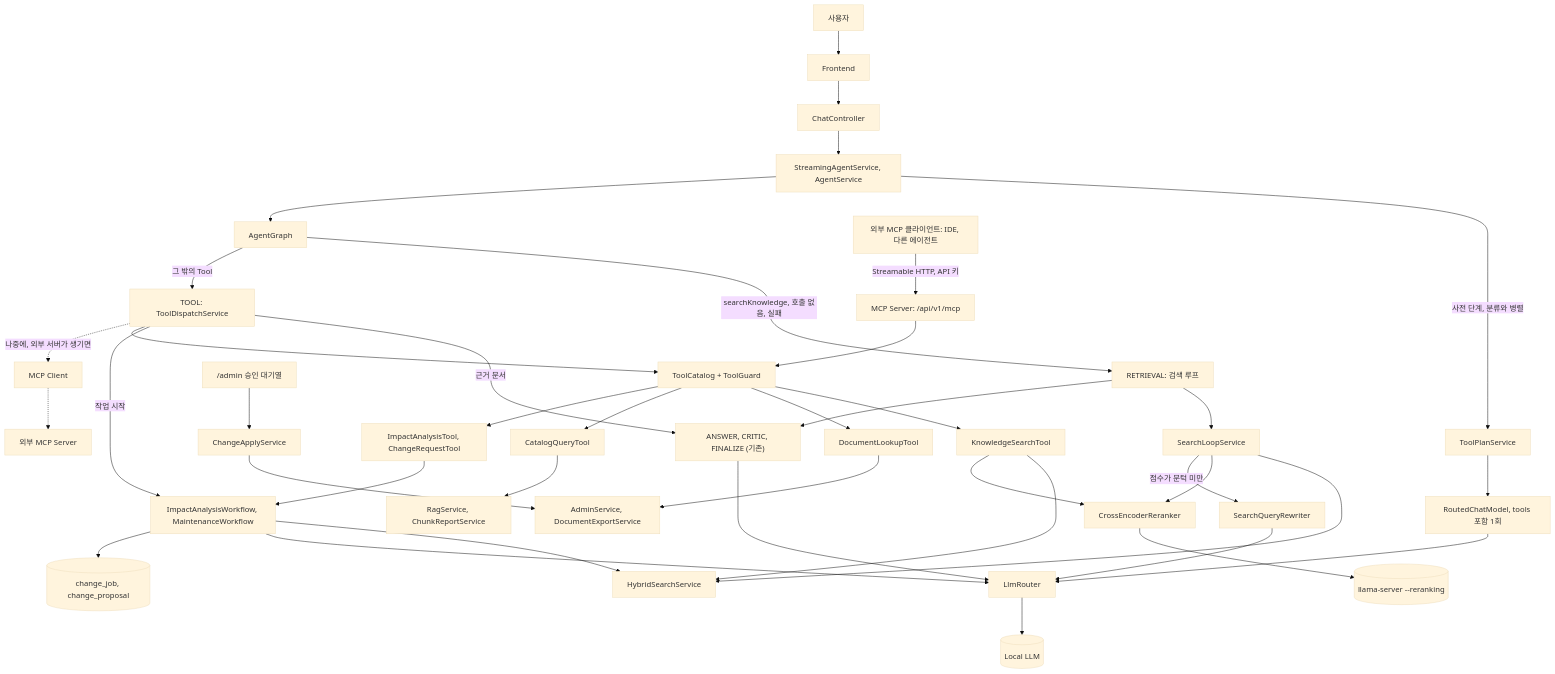
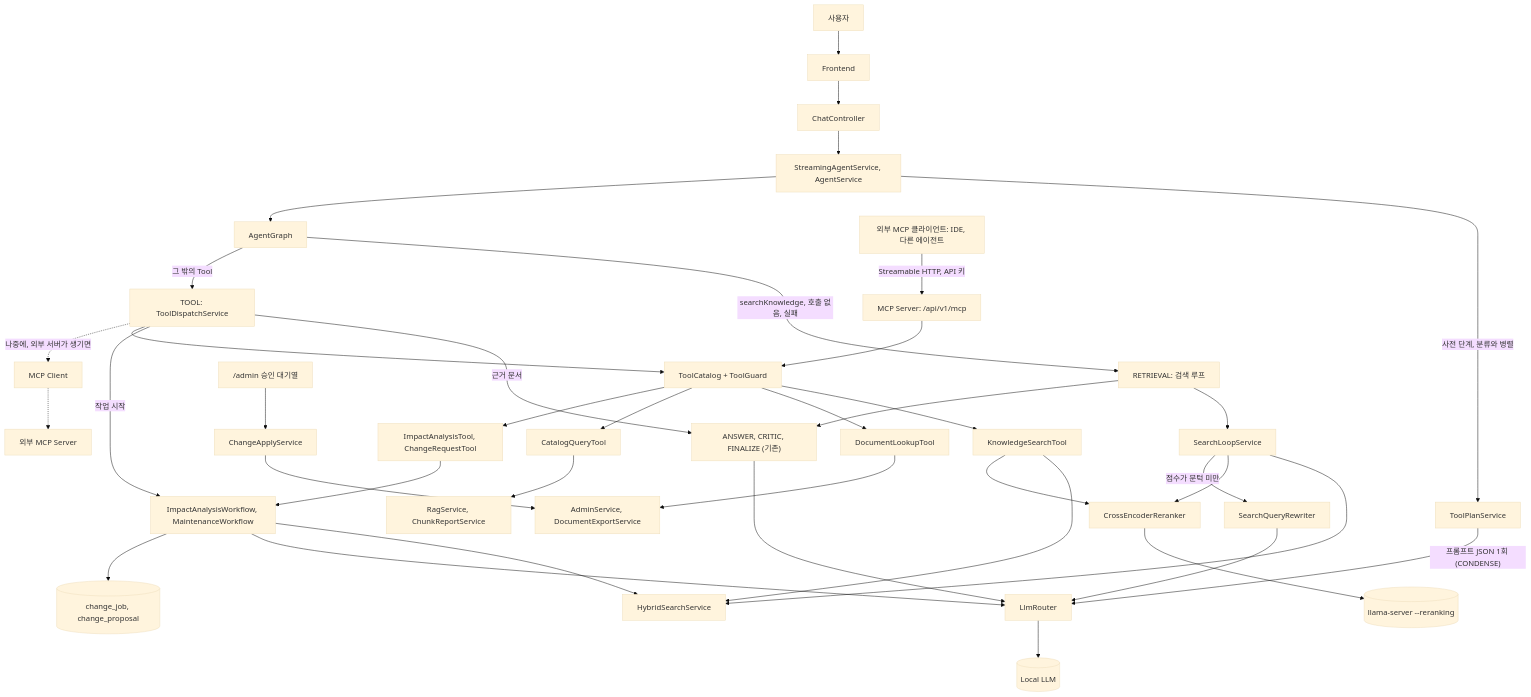
The first of 9 diagrams in documents/AGENT_MCP_DESIGN.md (skax-sh-min/RAG-Agent), drawn with Mermaid (base theme) before and after one commit. The commit also changed other lines of this file, not shown here.

````diff
--- a/documents/AGENT_MCP_DESIGN.md
+++ b/documents/AGENT_MCP_DESIGN.md
@@ -416,42 +227,41 @@
 ```mermaid
 flowchart TD
     U[사용자] --> FE[Frontend]
     FE --> CC[ChatController]
     CC --> SAS["StreamingAgentService, AgentService"]
     SAS -->|"사전 단계, 분류와 병렬"| TPS[ToolPlanService]
-    TPS --> RCM["RoutedChatModel, tools 포함 1회"]
-    RCM --> LR[LlmRouter]
+    TPS -->|"프롬프트 JSON 1회 (CONDENSE)"| LR[LlmRouter]
     LR --> LLM[("Local LLM")]
     SAS --> AG[AgentGraph]
     AG -->|"searchKnowledge, 호출 없음, 실패"| RET["RETRIEVAL: 검색 루프"]
     AG -->|"그 밖의 Tool"| TN["TOOL: ToolDispatchService"]
     RET --> SL[SearchLoopService]
     SL --> HS[HybridSearchService]
     SL --> RK[CrossEncoderReranker]
     RK --> RKS[("llama-server --reranking")]
     SL -->|"점수가 문턱 미만"| SQ[SearchQueryRewriter]
     SQ --> LR
     RET --> ANS["ANSWER, CRITIC, FINALIZE (기존)"]
     TN -->|"근거 문서"| ANS
     TN -->|"작업 시작"| WF["ImpactAnalysisWorkflow, MaintenanceWorkflow"]
     ANS --> LR
     TN --> CAT["ToolCatalog + ToolGuard"]
     CAT --> KT[KnowledgeSearchTool]
     CAT --> DT[DocumentLookupTool]
     CAT --> QT[CatalogQueryTool]
     CAT --> WT["ImpactAnalysisTool, ChangeRequestTool"]
     KT --> HS
     KT --> RK
     DT --> ADM["AdminService, DocumentExportService"]
     QT --> RG["RagService, ChunkReportService"]
     WT --> WF
     WF --> HS
     WF --> LR
     WF --> Q[("change_job, change_proposal")]
     ADMUI["/admin 승인 대기열"] --> AP[ChangeApplyService]
     AP --> ADM
     EXT["외부 MCP 클라이언트: IDE, 다른 에이전트"] -->|"Streamable HTTP, API 키"| MS["MCP Server: /api/v1/mcp"]
     MS --> CAT
     TN -.->|"나중에, 외부 서버가 생기면"| MC[MCP Client]
     MC -.-> EMS[외부 MCP Server]
 ```
````
